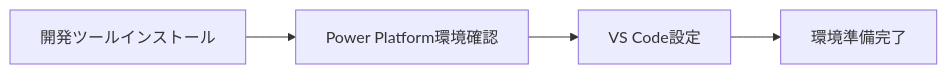
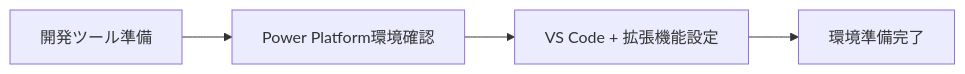
One commit to PLUG365/DecisionFlow changed the second of 12 diagrams in README.md. Above: the diagram before and after it, drawn with Mermaid. The commit also changed other lines of this file, not shown here.

````diff
--- a/README.md
+++ b/README.md
@@ -17,6 +36,6 @@
 ```mermaid
 graph LR
-    A[開発ツールインストール] --> B[Power Platform環境確認]
-    B --> C[VS Code設定]
+    A[開発ツール準備] --> B[Power Platform環境確認]
+    B --> C[VS Code + 拡張機能設定]
     C --> D[環境準備完了]
 ```
````
